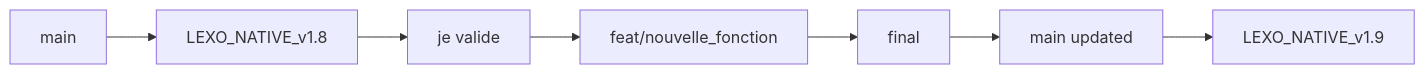
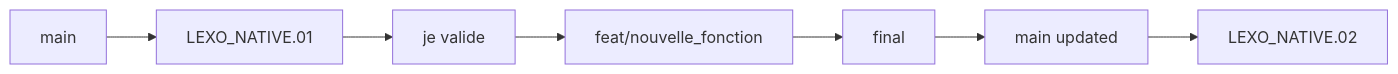
Before and after one commit to aiconsultingorleans/LEXO_NATIVE.01: the second of 2 diagrams in CLAUDE.md, drawn with Mermaid. The commit also changed other lines of this file, not shown here.

First line of the commit message:
docs: finalisation documentation LEXO_NATIVE.01 - corrections mineures

````diff
--- a/CLAUDE.md
+++ b/CLAUDE.md
@@ -647,9 +647,9 @@
 ```mermaid
 graph LR
-    A[main] --> B[LEXO_NATIVE_v1.8]
+    A[main] --> B[LEXO_NATIVE.01]
     B --> C["je valide"]
     C --> D[feat/nouvelle_fonction]
     D --> E["final"]
     E --> F[main updated]
-    F --> G[LEXO_NATIVE_v1.9]
+    F --> G[LEXO_NATIVE.02]
 ```
````
